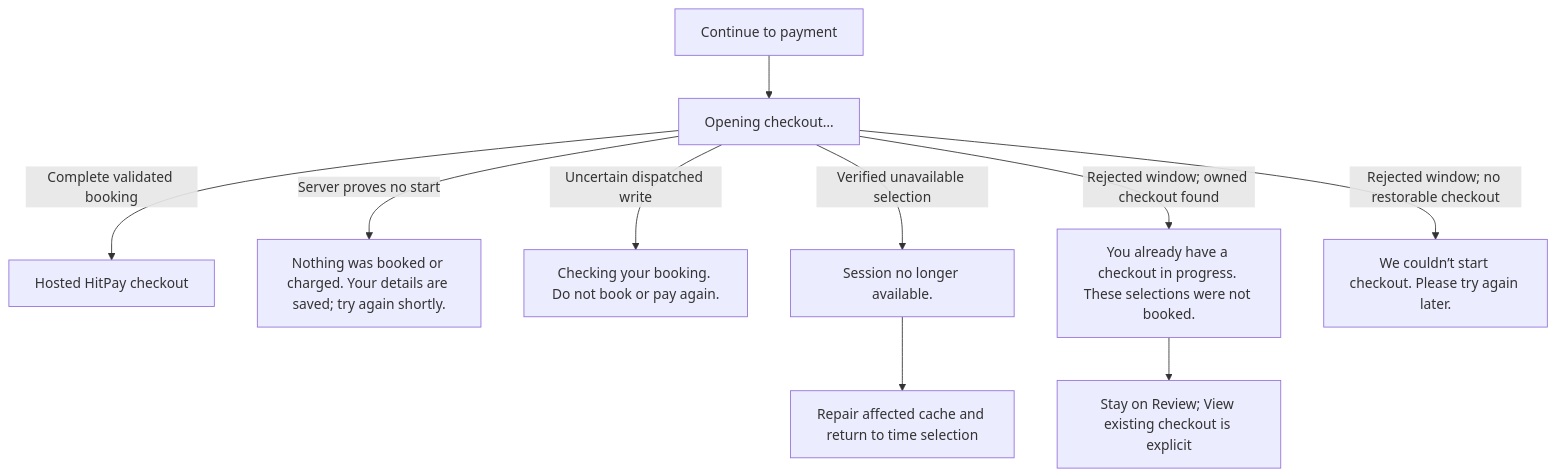
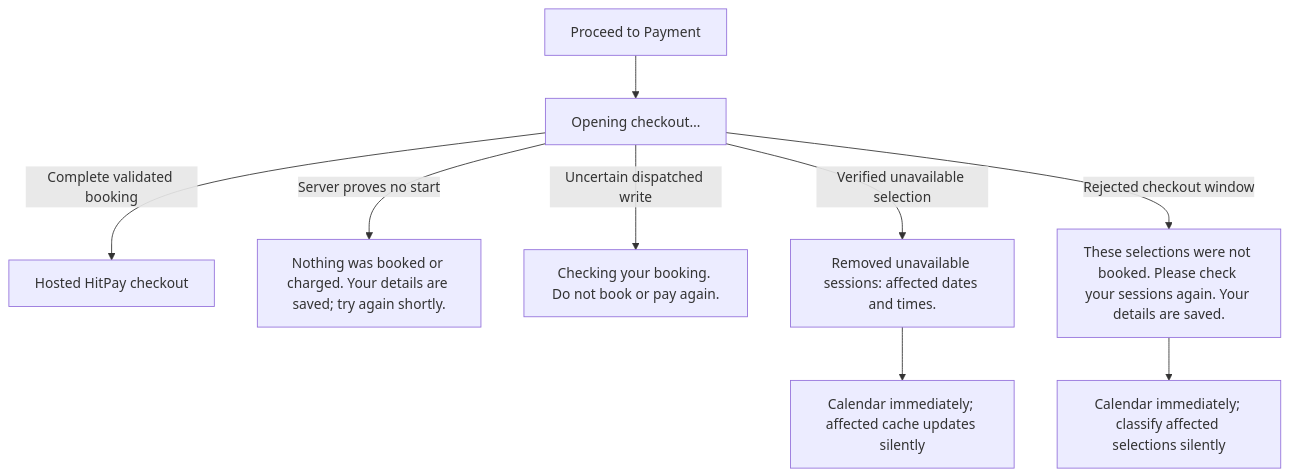
The sixth of 19 diagrams in docs/booking-flows.md (soccerbotstudiosg/soccerbotstudioSG), drawn with Mermaid before and after one commit. The commit also changed other lines of this file and 44 other files, not shown here.

````diff
--- a/docs/booking-flows.md
+++ b/docs/booking-flows.md
@@ -101,12 +105,11 @@
 ```mermaid
 flowchart TD
-  A["Continue to payment"] --> B["Opening checkout…"]
+  A["Proceed to Payment"] --> B["Opening checkout…"]
   B -->|Complete validated booking| C["Hosted HitPay checkout"]
   B -->|Server proves no start| D["Nothing was booked or charged. Your details are saved; try again shortly."]
   B -->|Uncertain dispatched write| E["Checking your booking. Do not book or pay again."]
-  B -->|Verified unavailable selection| F["Session no longer available."]
-  F --> G["Repair affected cache and return to time selection"]
-  B -->|Rejected window; owned checkout found| H["You already have a checkout in progress. These selections were not booked."]
-  H --> I["Stay on Review; View existing checkout is explicit"]
-  B -->|Rejected window; no restorable checkout| J["We couldn’t start checkout. Please try again later."]
+  B -->|Verified unavailable selection| F["Removed unavailable sessions: affected dates and times."]
+  F --> G["Calendar immediately; affected cache updates silently"]
+  B -->|Rejected checkout window| H["These selections were not booked. Please check your sessions again. Your details are saved."]
+  H --> I["Calendar immediately; classify affected selections silently"]
 ```
````
